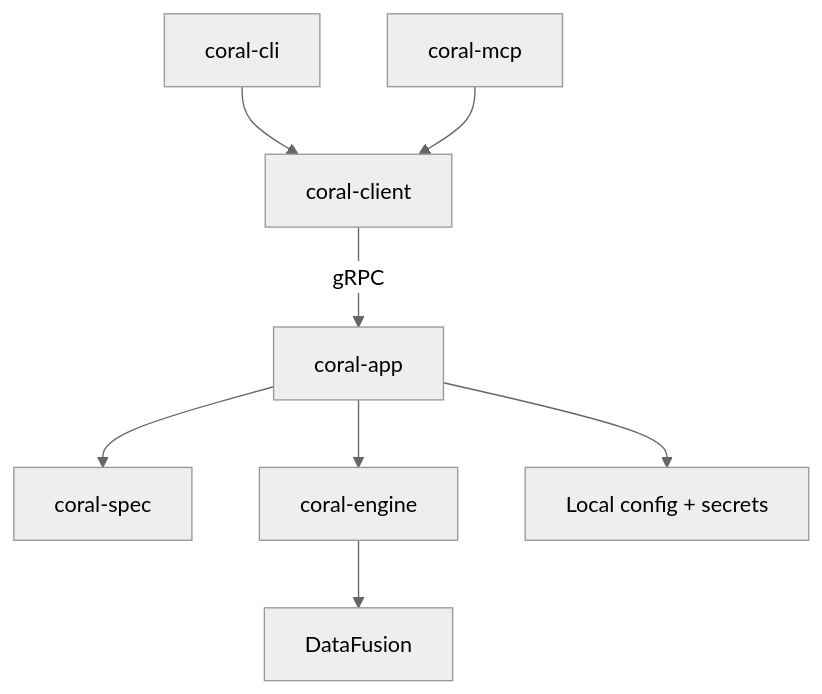
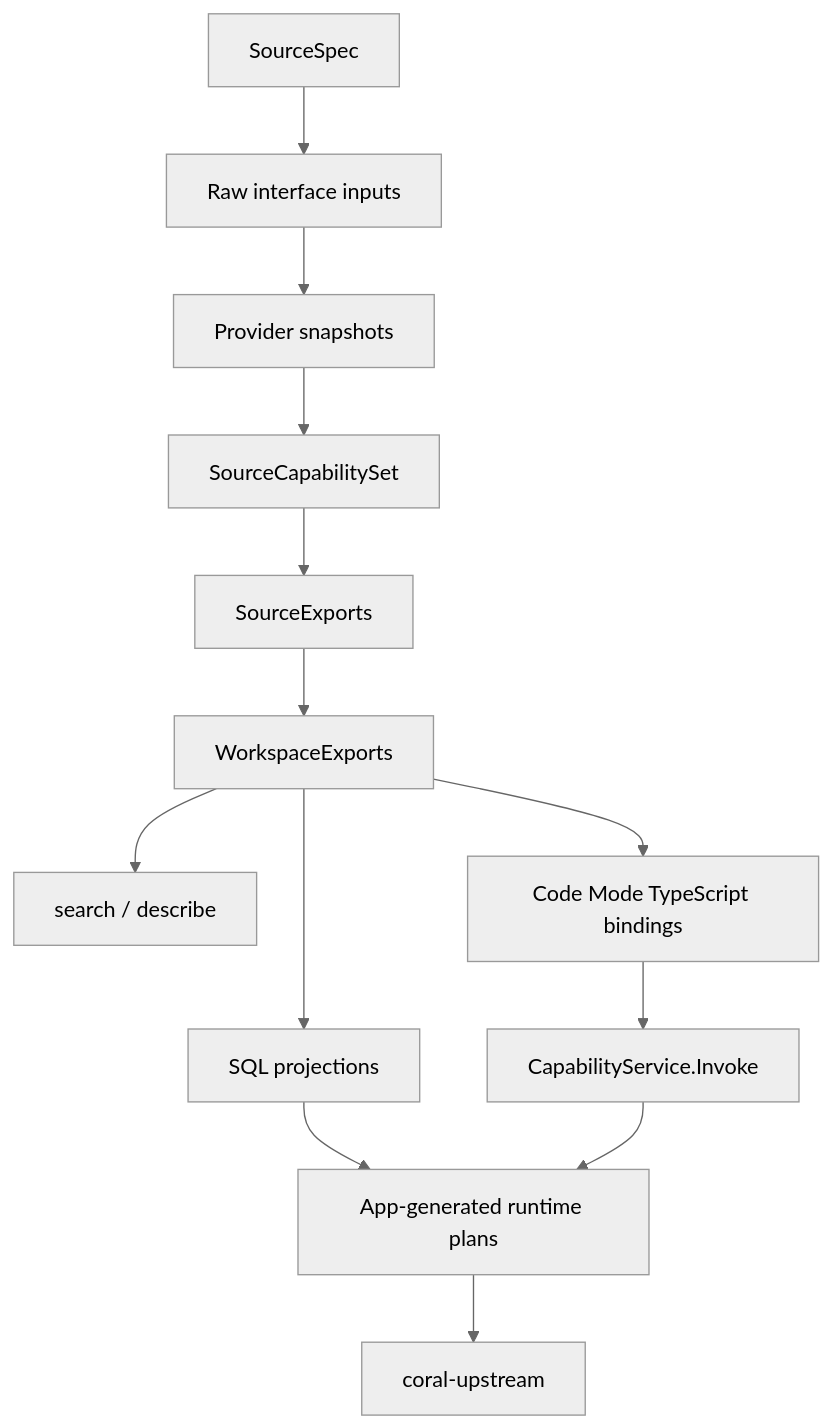
Before and after one commit to withcoral/coral: the first of 2 diagrams in docs/project/architecture.mdx, drawn with Mermaid (neutral theme). The commit also changed other lines of this file and 652 other files, not shown here.

````diff
--- a/docs/project/architecture.mdx
+++ b/docs/project/architecture.mdx
@@ -10,10 +11,15 @@
 ```mermaid
 graph TD
-    CLI["coral-cli"] --> Client["coral-client"]
-    MCP["coral-mcp"] --> Client
-    Client -->|gRPC| App["coral-app"]
-    App --> Spec["coral-spec"]
-    App --> Engine["coral-engine"]
-    Engine --> DF["DataFusion"]
-    App --> State["Local config + secrets"]
+    Spec["SourceSpec"] --> Raw["Raw interface inputs"]
+    Raw --> Snapshot["Provider snapshots"]
+    Snapshot --> Capabilities["SourceCapabilitySet"]
+    Capabilities --> Exports["SourceExports"]
+    Exports --> Workspace["WorkspaceExports"]
+    Workspace --> Discovery["search / describe"]
+    Workspace --> CodeMode["Code Mode TypeScript bindings"]
+    Workspace --> Sql["SQL projections"]
+    CodeMode --> Invoke["CapabilityService.Invoke"]
+    Sql --> Runtime["App-generated runtime plans"]
+    Invoke --> Runtime
+    Runtime --> Upstream["coral-upstream"]
 ```
````
